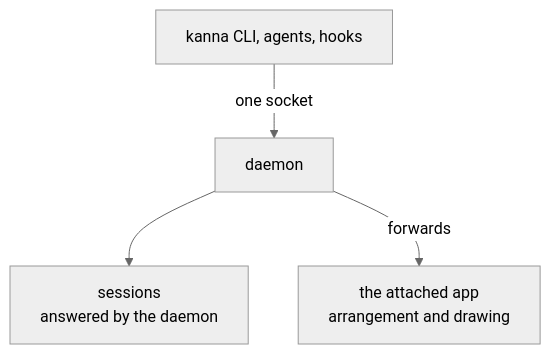
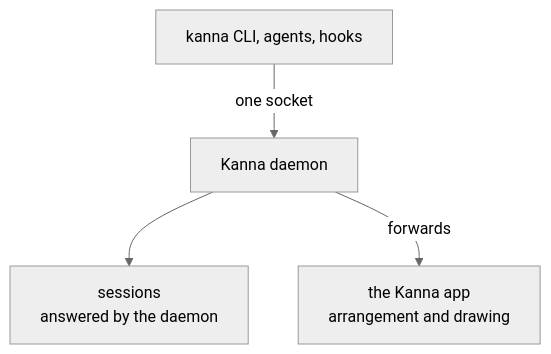
One commit to jemdiggity/kanna-v4 changed the fourth of 9 diagrams in docs/research/mux-architecture.md. Above: the diagram before and after it, drawn with Mermaid (neutral theme). The commit also changed other lines of this file, not shown here.

Commit message:
Mux architecture: kmux stays an app with libraries; Kanna owns the daemon and keeper, built on kmux's CLI shape and mux UI

````diff
--- a/docs/research/mux-architecture.md
+++ b/docs/research/mux-architecture.md
@@ -154,10 +146,10 @@
 ```mermaid
 flowchart TB
     CLI["kanna CLI, agents, hooks"]
-    DAEMON["daemon"]
-    SESS["sessions<br/>answered by the daemon"]
-    APP["the attached app<br/>arrangement and drawing"]
-    CLI -->|"one socket"| DAEMON
-    DAEMON --> SESS
-    DAEMON -->|"forwards"| APP
+    D["Kanna daemon"]
+    S["sessions<br/>answered by the daemon"]
+    A["the Kanna app<br/>arrangement and drawing"]
+    CLI -->|"one socket"| D
+    D --> S
+    D -->|"forwards"| A
 ```
````
